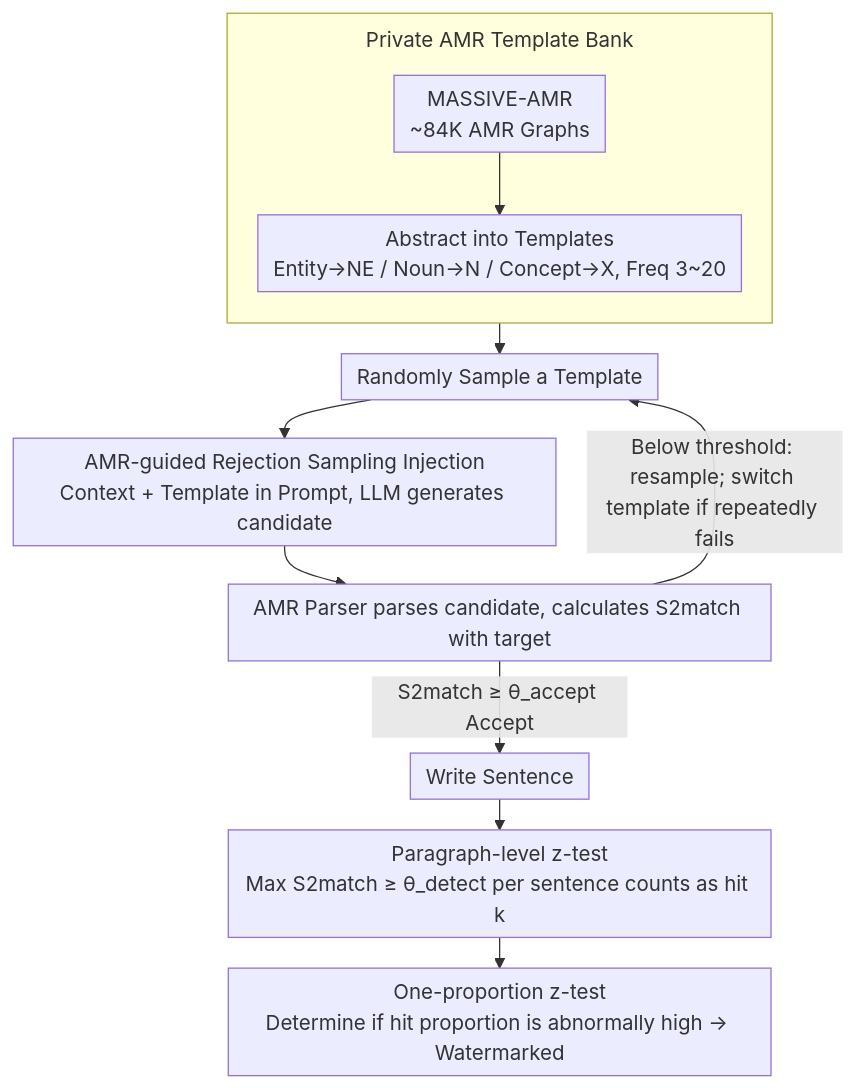
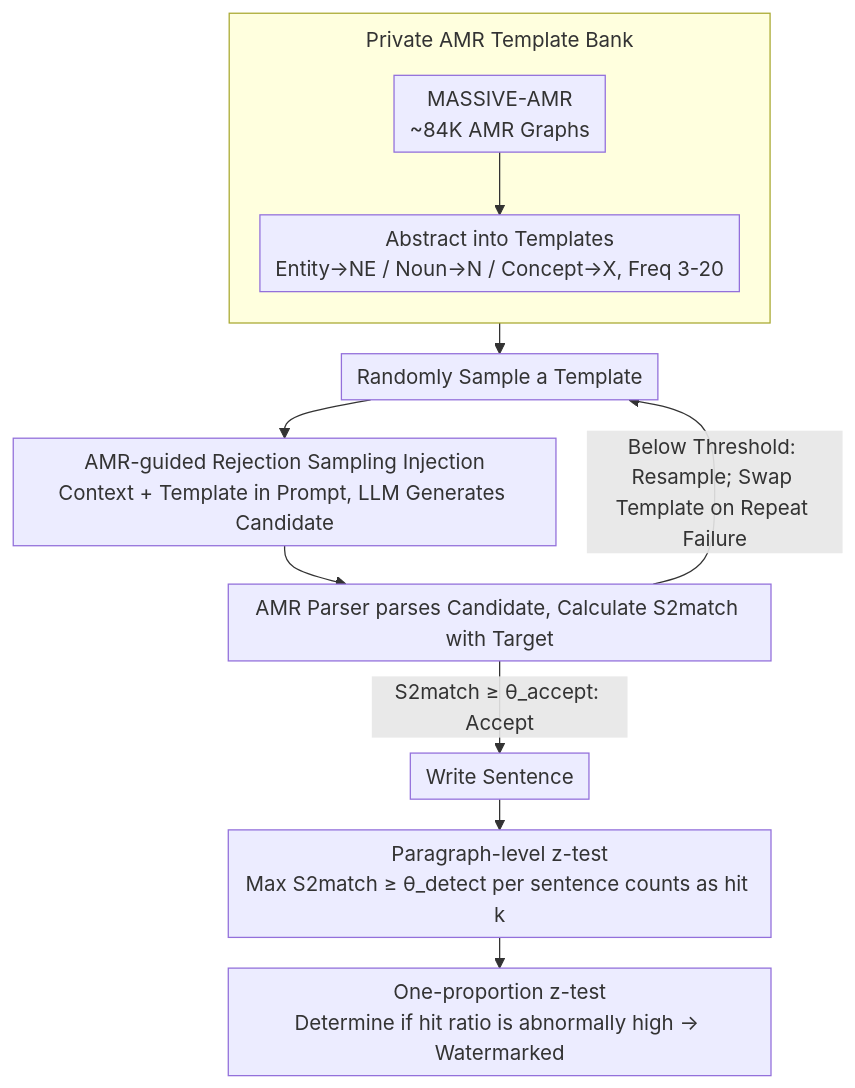
Before and after one commit to zhaoyang97/Paper-Notes-en: the diagram in docs/ACL2026/llm_safety/swan_semantic_watermarking_with_abstract_meaning_representation.md, drawn with Mermaid. The commit also changed other lines of this file and 5084 other files, not shown here.

````diff
--- a/docs/ACL2026/llm_safety/swan_semantic_watermarking_with_abstract_meaning_representation.md
+++ b/docs/ACL2026/llm_safety/swan_semantic_watermarking_with_abstract_meaning_representation.md
@@ -49,15 +49,15 @@
 ```mermaid
 %%{init: {'flowchart': {'rankSpacing': 24, 'nodeSpacing': 28, 'padding': 6, 'wrappingWidth': 400, 'subGraphTitleMargin': {'top': 8, 'bottom': 16}}}}%%
 flowchart TD
     subgraph BANK["Private AMR Template Bank"]
         direction TB
-        A["MASSIVE-AMR<br/>~84K AMR Graphs"] --> B["Abstract into Templates<br/>Entity→NE / Noun→N / Concept→X, Freq 3~20"]
+        A["MASSIVE-AMR<br/>~84K AMR Graphs"] --> B["Abstract into Templates<br/>Entity→NE / Noun→N / Concept→X, Freq 3-20"]
     end
     BANK --> C["Randomly Sample a Template"]
-    C --> D["AMR-guided Rejection Sampling Injection<br/>Context + Template in Prompt, LLM generates candidate"]
-    D --> E["AMR Parser parses candidate, calculates S2match with target"]
-    E -->|"S2match ≥ θ_accept Accept"| F["Write Sentence"]
-    E -->|"Below threshold: resample; switch template if repeatedly fails"| C
+    C --> D["AMR-guided Rejection Sampling Injection<br/>Context + Template in Prompt, LLM Generates Candidate"]
+    D --> E["AMR Parser parses Candidate, Calculate S2match with Target"]
+    E -->|"S2match ≥ θ_accept: Accept"| F["Write Sentence"]
+    E -->|"Below Threshold: Resample; Swap Template on Repeat Failure"| C
     F --> G["Paragraph-level z-test<br/>Max S2match ≥ θ_detect per sentence counts as hit k"]
-    G --> H["One-proportion z-test<br/>Determine if hit proportion is abnormally high → Watermarked"]
+    G --> H["One-proportion z-test<br/>Determine if hit ratio is abnormally high → Watermarked"]
 ```
````
